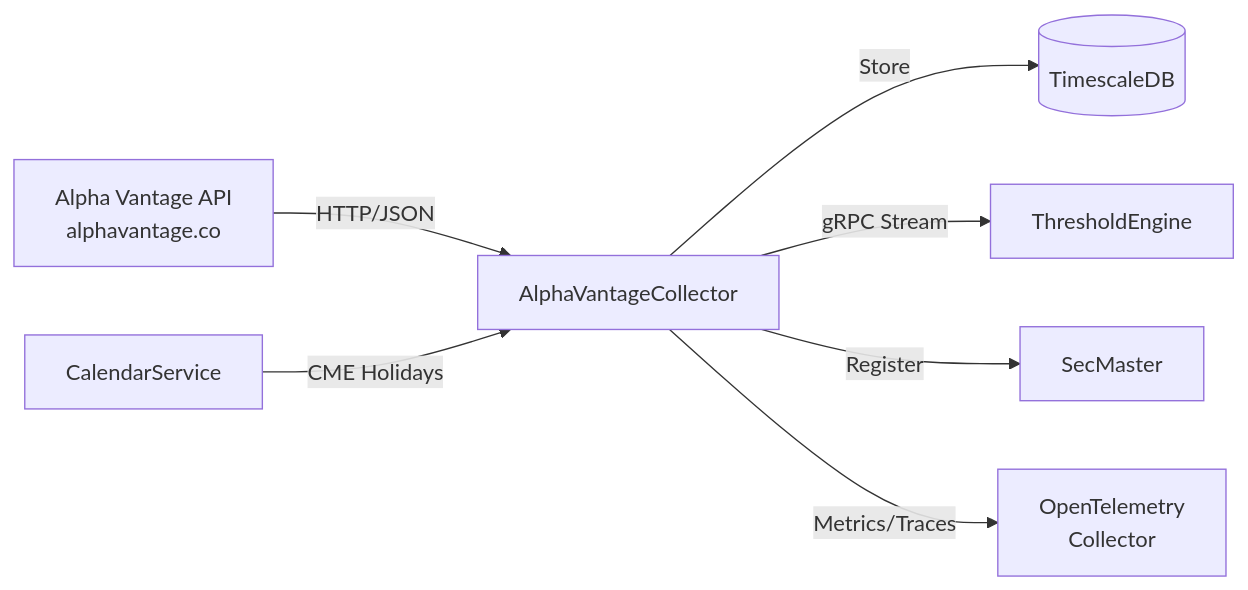
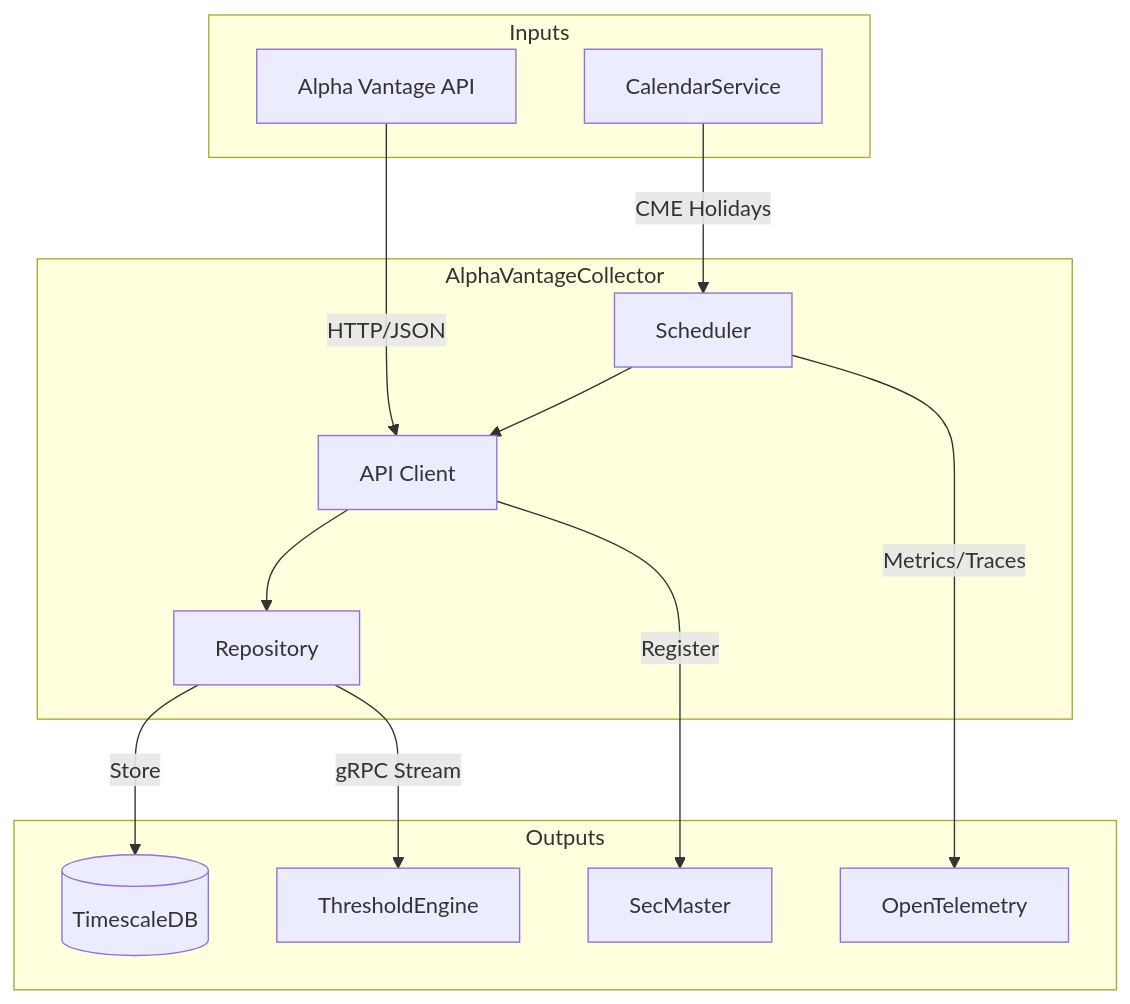
The diagram in AlphaVantageCollector/README.md (jpansarasa/ATLAS-Docs), drawn with Mermaid before and after one commit. The commit also changed other lines of this file and 28 other files, not shown here.

````diff
--- a/AlphaVantageCollector/README.md
+++ b/AlphaVantageCollector/README.md
@@ -11,9 +11,28 @@
 ```mermaid
-flowchart LR
-    AV[Alpha Vantage API<br/>alphavantage.co] -->|HTTP/JSON| AC[AlphaVantageCollector]
-    AC -->|Store| DB[(TimescaleDB)]
-    AC -->|gRPC Stream| TE[ThresholdEngine]
-    AC -->|Register| SM[SecMaster]
-    AC -->|Metrics/Traces| OTEL[OpenTelemetry<br/>Collector]
-    CAL[CalendarService] -->|CME Holidays| AC
+flowchart TD
+    subgraph Inputs
+        AV[Alpha Vantage API]
+        CAL[CalendarService]
+    end
+
+    subgraph AlphaVantageCollector
+        SCHED[Scheduler]
+        API[API Client]
+        REPO[Repository]
+    end
+
+    subgraph Outputs
+        DB[(TimescaleDB)]
+        TE[ThresholdEngine]
+        SM[SecMaster]
+        OTEL[OpenTelemetry]
+    end
+
+    AV -->|HTTP/JSON| API
+    CAL -->|CME Holidays| SCHED
+    SCHED --> API --> REPO
+    REPO -->|Store| DB
+    REPO -->|gRPC Stream| TE
+    API -->|Register| SM
+    SCHED -->|Metrics/Traces| OTEL
 ```
````
